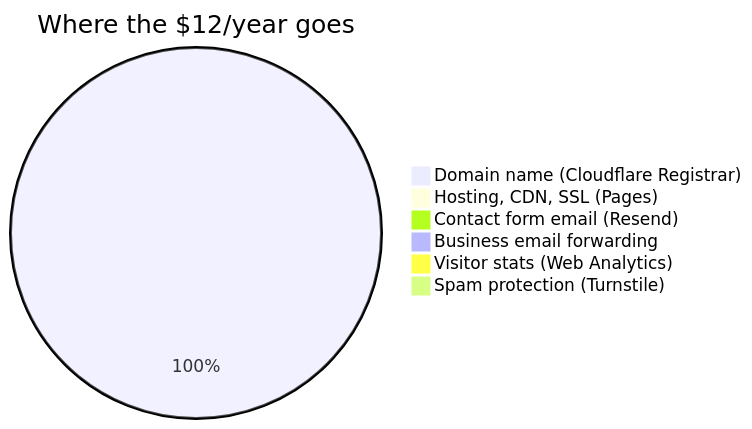
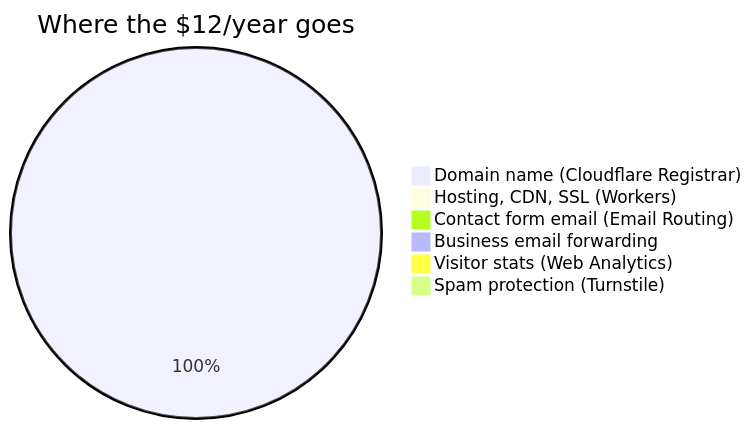
Before and after one commit to davegelinas/main-street: the diagram in docs/the-12-dollar-stack.md, drawn with Mermaid. The commit also changed other lines of this file and 25 other files, not shown here.

````diff
--- a/docs/the-12-dollar-stack.md
+++ b/docs/the-12-dollar-stack.md
@@ -19,9 +18,9 @@
 ```mermaid
 pie title Where the $12/year goes
     "Domain name (Cloudflare Registrar)" : 12
-    "Hosting, CDN, SSL (Pages)" : 0
-    "Contact form email (Resend)" : 0
+    "Hosting, CDN, SSL (Workers)" : 0
+    "Contact form email (Email Routing)" : 0
     "Business email forwarding" : 0
     "Visitor stats (Web Analytics)" : 0
     "Spam protection (Turnstile)" : 0
 ```
````
